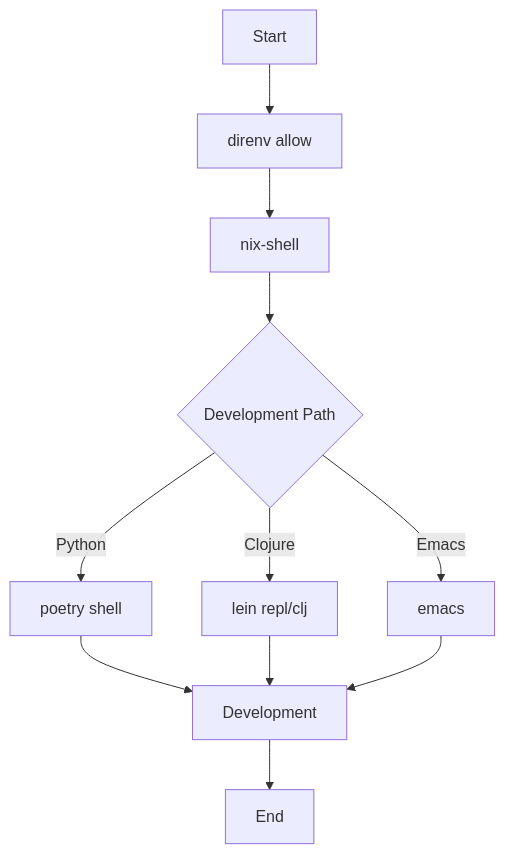
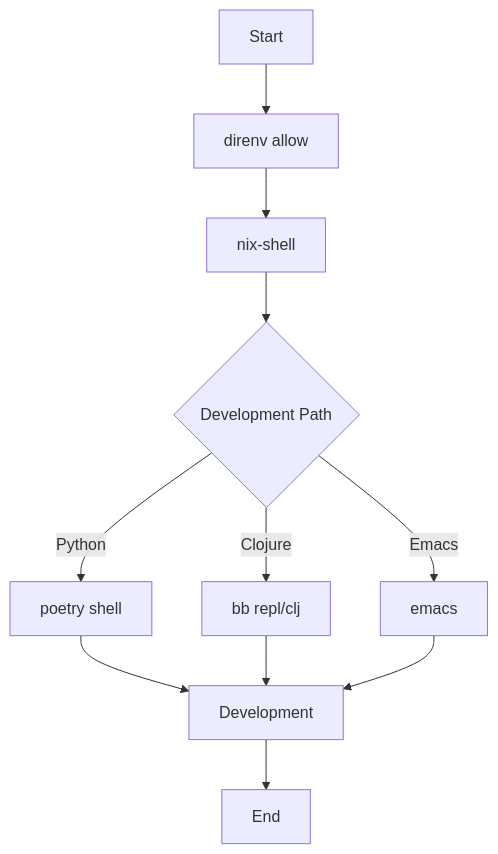
The first of 2 diagrams in README.org (aygp-dr/aif-c01), drawn with Mermaid before and after one commit. The commit also changed other lines of this file, not shown here.

```diff
--- a/README.org
+++ b/README.org
@@ -24,13 +24,13 @@
 #+begin_src mermaid :file workflow-core.png
 graph TD
     A[Start] --> B[direnv allow]
     B --> C[nix-shell]
     C --> D{Development Path}
     D -->|Python| E[poetry shell]
-    D -->|Clojure| F[lein repl/clj]
+    D -->|Clojure| F[bb repl/clj]
     D -->|Emacs| G[emacs]
     E --> H[Development]
     F --> H
     G --> H
     H --> I[End]
 #+end_src
```
